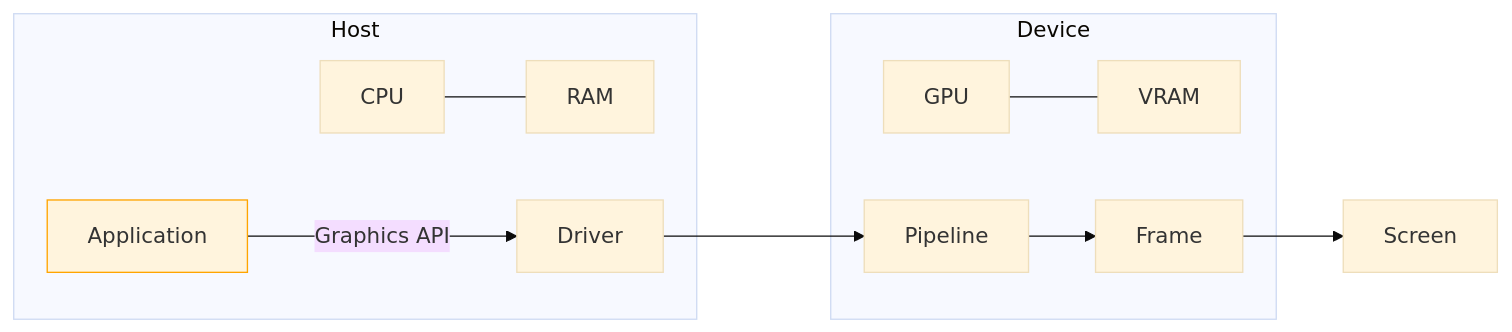
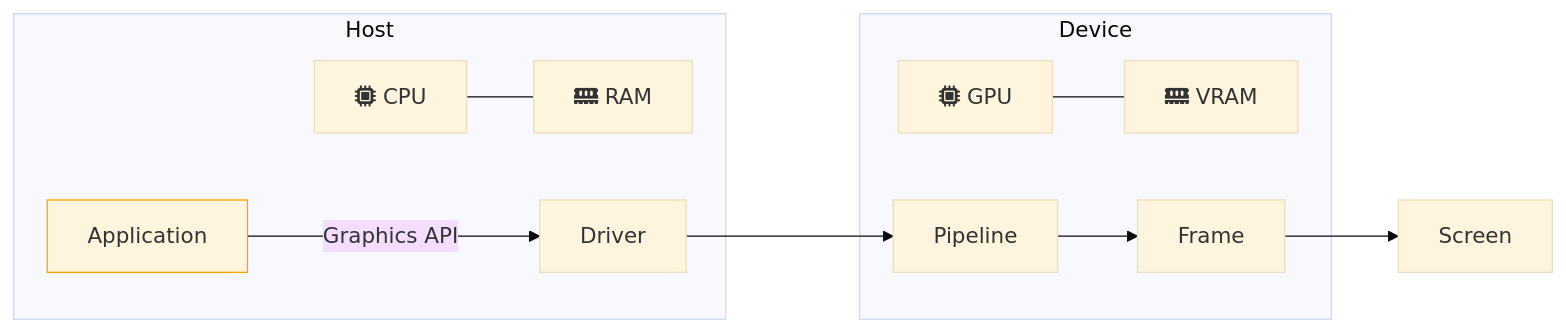
Before and after one commit to Vitaljok/cg-demo: the fourth of 6 diagrams in slides/src/01_hello_triangle.md, drawn with Mermaid (base theme). The commit also changed other lines of this file and 12 other files, not shown here.

````diff
--- a/slides/src/01_hello_triangle.md
+++ b/slides/src/01_hello_triangle.md
@@ -279,26 +307,26 @@
 ```mermaid
 flowchart LR
 
 subgraph host[Host]
-  cpu[CPU]
-  ram[RAM]
+  cpu["fa:fa-microchip CPU"]
+  ram["fa:fa-memory RAM"]
 
   app[Application]
   drv[Driver]
 end
 
 subgraph dev[Device]
-  gpu[GPU]
-  vram[VRAM]
+  gpu["fa:fa-microchip GPU"]
+  vram["fa:fa-memory VRAM"]
   pipe[Pipeline] --> frame[Frame]
 end
 
 cpu --- ram
 gpu --- vram
 app -- Graphics API ---> drv
 drv ---> pipe
 frame --> Screen
 
 style app stroke:orange;
 
 ```
````
